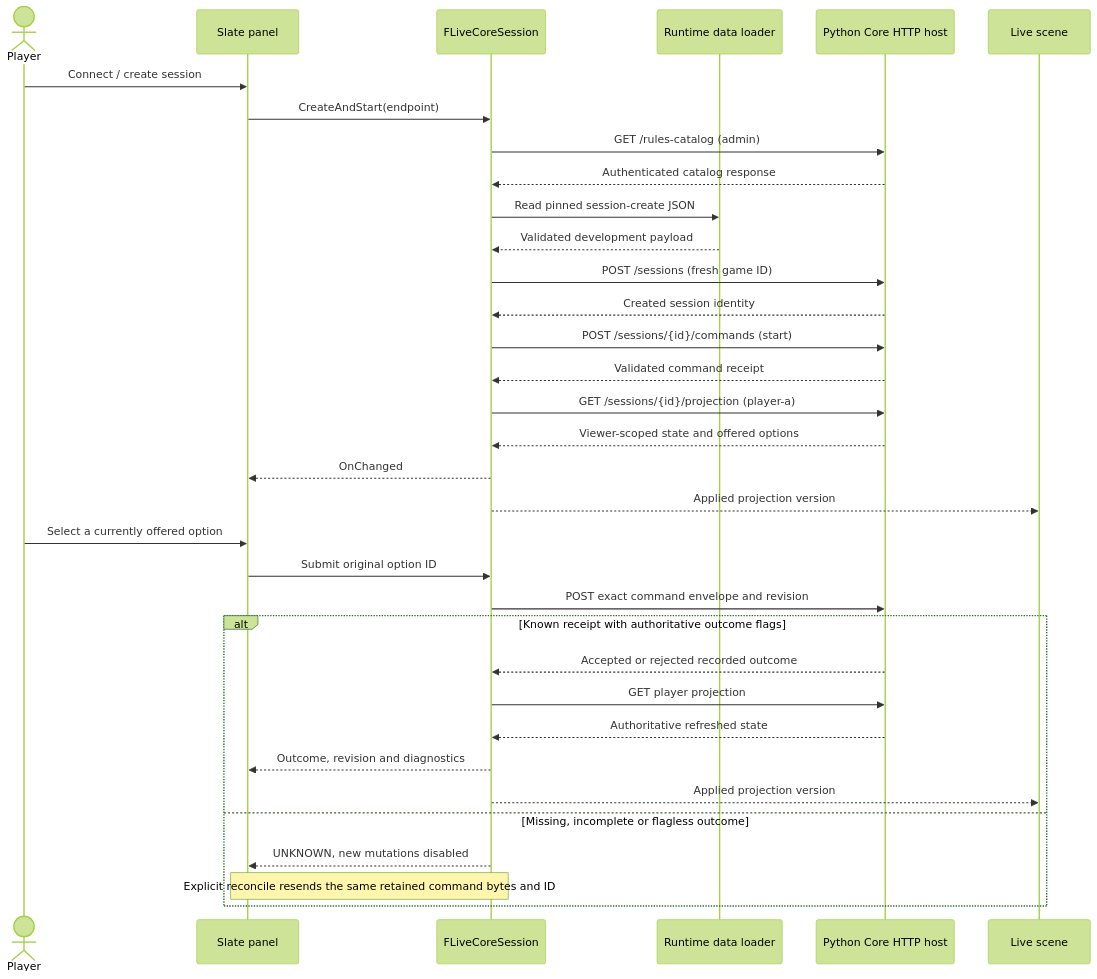
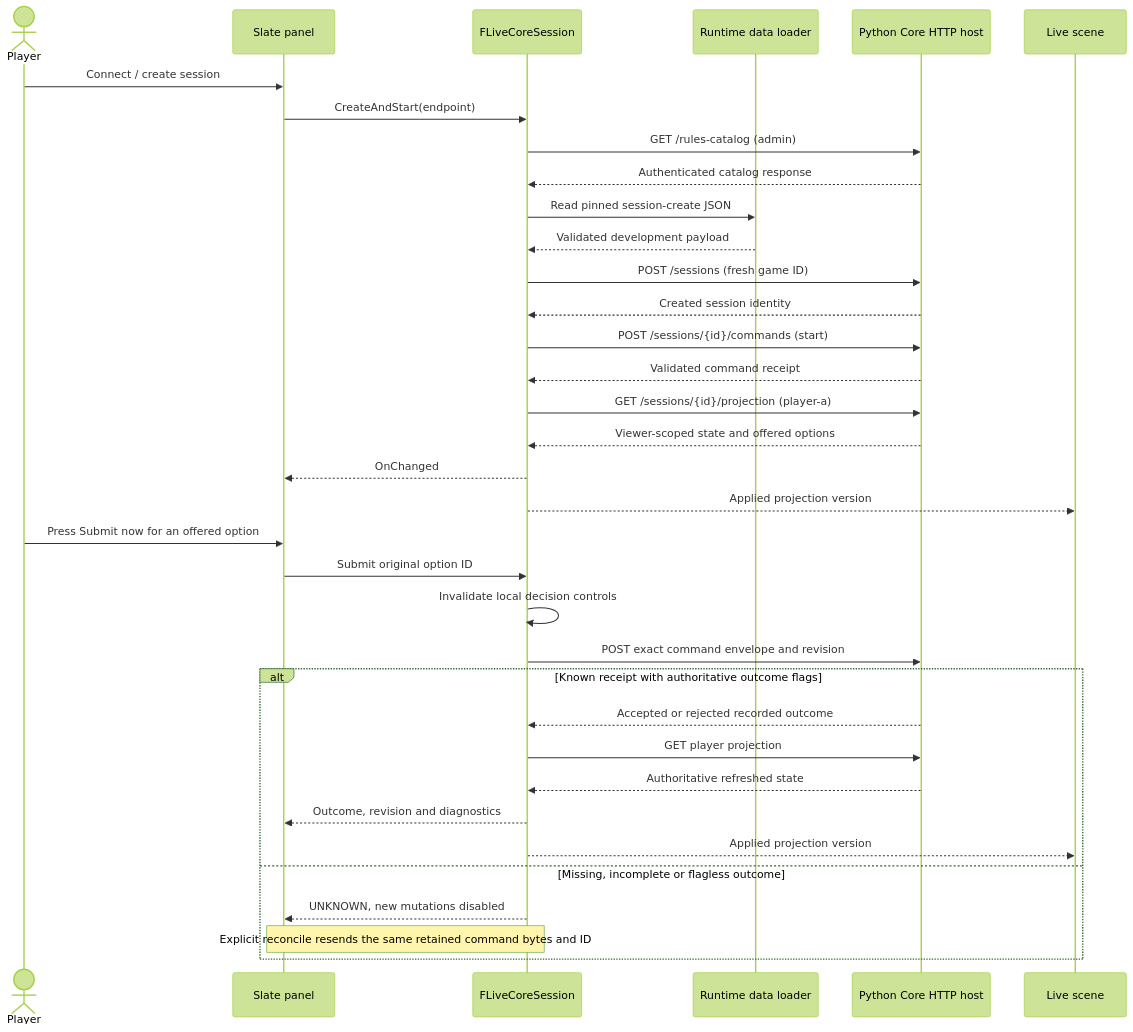
Before and after one commit to SobolGaming/Warhammer_40k_UI_unreal: the second of 2 diagrams in architecture.md, drawn with Mermaid (forest theme). The commit also changed other lines of this file and 6 other files, not shown here.

````diff
--- a/architecture.md
+++ b/architecture.md
@@ -95,36 +97,37 @@
 ```mermaid
 sequenceDiagram
     actor Player
     participant UI as Slate panel
     participant Session as FLiveCoreSession
     participant Data as Runtime data loader
     participant Core as Python Core HTTP host
     participant Scene as Live scene
     Player->>UI: Connect / create session
     UI->>Session: CreateAndStart(endpoint)
     Session->>Core: GET /rules-catalog (admin)
     Core-->>Session: Authenticated catalog response
     Session->>Data: Read pinned session-create JSON
     Data-->>Session: Validated development payload
     Session->>Core: POST /sessions (fresh game ID)
     Core-->>Session: Created session identity
     Session->>Core: POST /sessions/{id}/commands (start)
     Core-->>Session: Validated command receipt
     Session->>Core: GET /sessions/{id}/projection (player-a)
     Core-->>Session: Viewer-scoped state and offered options
     Session-->>UI: OnChanged
     Session-->>Scene: Applied projection version
-    Player->>UI: Select a currently offered option
+    Player->>UI: Press Submit now for an offered option
     UI->>Session: Submit original option ID
+    Session->>Session: Invalidate local decision controls
     Session->>Core: POST exact command envelope and revision
     alt Known receipt with authoritative outcome flags
         Core-->>Session: Accepted or rejected recorded outcome
         Session->>Core: GET player projection
         Core-->>Session: Authoritative refreshed state
         Session-->>UI: Outcome, revision and diagnostics
         Session-->>Scene: Applied projection version
     else Missing, incomplete or flagless outcome
         Session-->>UI: UNKNOWN, new mutations disabled
         Note over UI,Session: Explicit reconcile resends the same retained command bytes and ID
     end
 ```
````
